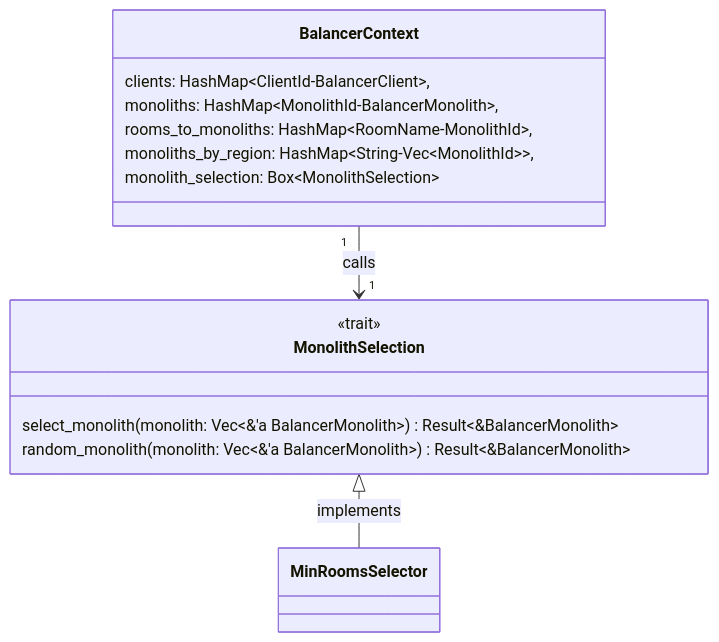
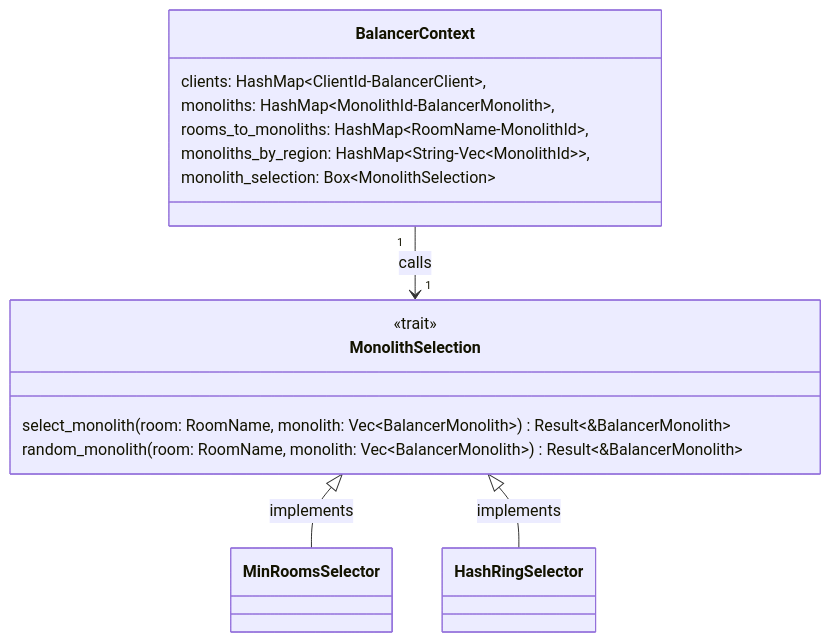
The diagram in figures/monolith-selection-internals-class.mmd (dyc3/senior-design), drawn with Mermaid before and after one commit. The commit also changed 1 other file, not shown here.

Commit message:
Update `monolith-selection-internals-class` to reflect code. (#388)
- Closes #387

```diff
--- a/figures/monolith-selection-internals-class.mmd
+++ b/figures/monolith-selection-internals-class.mmd
@@ -1,23 +1,25 @@
 classDiagram
     direction TB
 
     class MinRoomsSelector
+    class HashRingSelector 
 
     class MonolithSelection {
         <<trait>>
-        select_monolith(monolith: Vec~&'a BalancerMonolith~) Result~&BalancerMonolith~
-        random_monolith(monolith: Vec~&'a BalancerMonolith~) Result~&BalancerMonolith~
+        select_monolith(room: RoomName, monolith: Vec~BalancerMonolith~) Result~&BalancerMonolith~
+        random_monolith(room: RoomName, monolith: Vec~BalancerMonolith~) Result~&BalancerMonolith~
 
     }
 
     MonolithSelection <|-- MinRoomsSelector : implements
+    MonolithSelection <|-- HashRingSelector : implements
 
     class BalancerContext {
         clients: HashMap~ClientId-BalancerClient~,
         monoliths: HashMap~MonolithId-BalancerMonolith~,
         rooms_to_monoliths: HashMap~RoomName-MonolithId~,
         monoliths_by_region: HashMap~String-Vec~MonolithId~~,
         monolith_selection: Box~MonolithSelection~
     }
 
     BalancerContext "1" --> "1" MonolithSelection : calls
```
